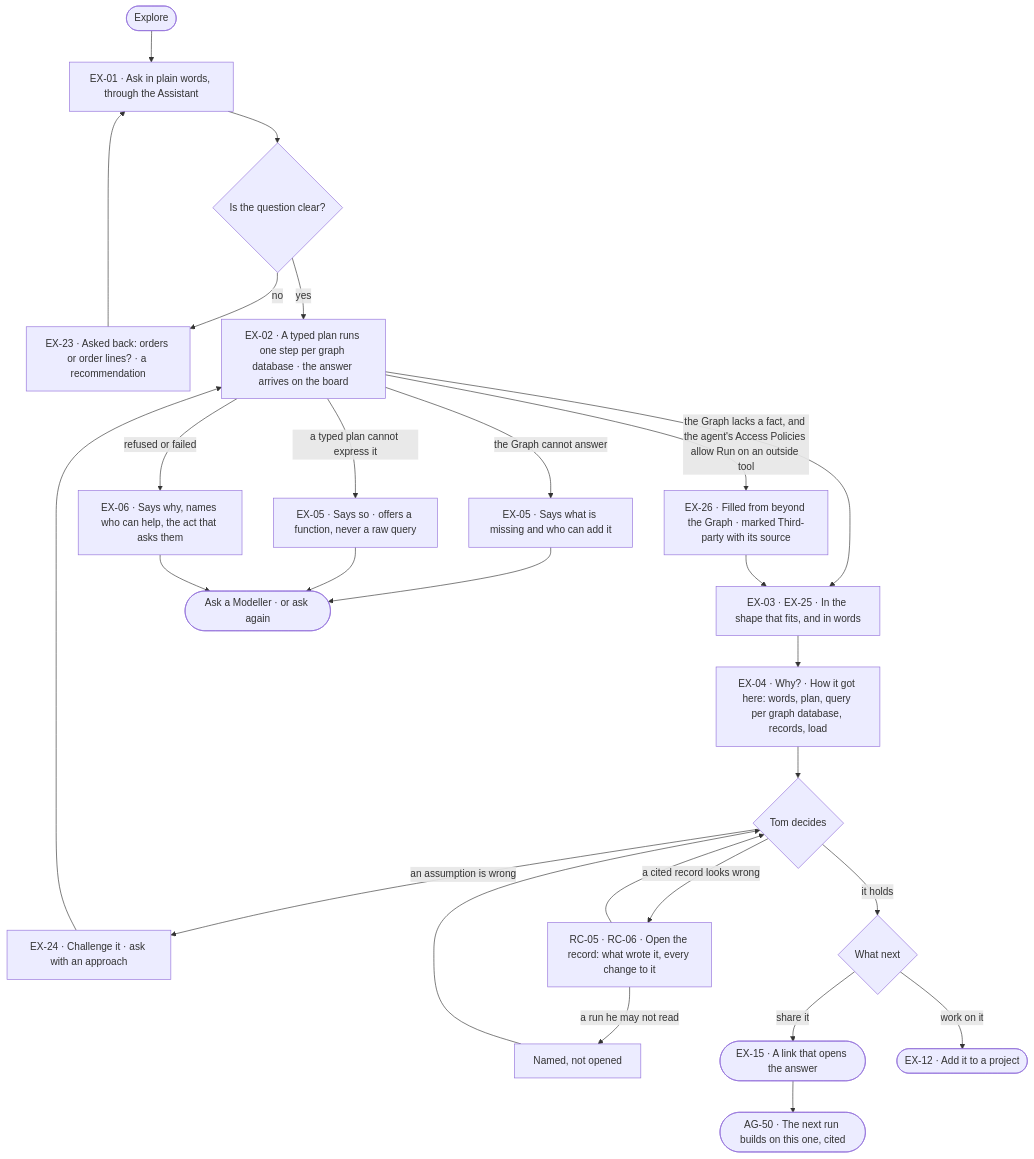
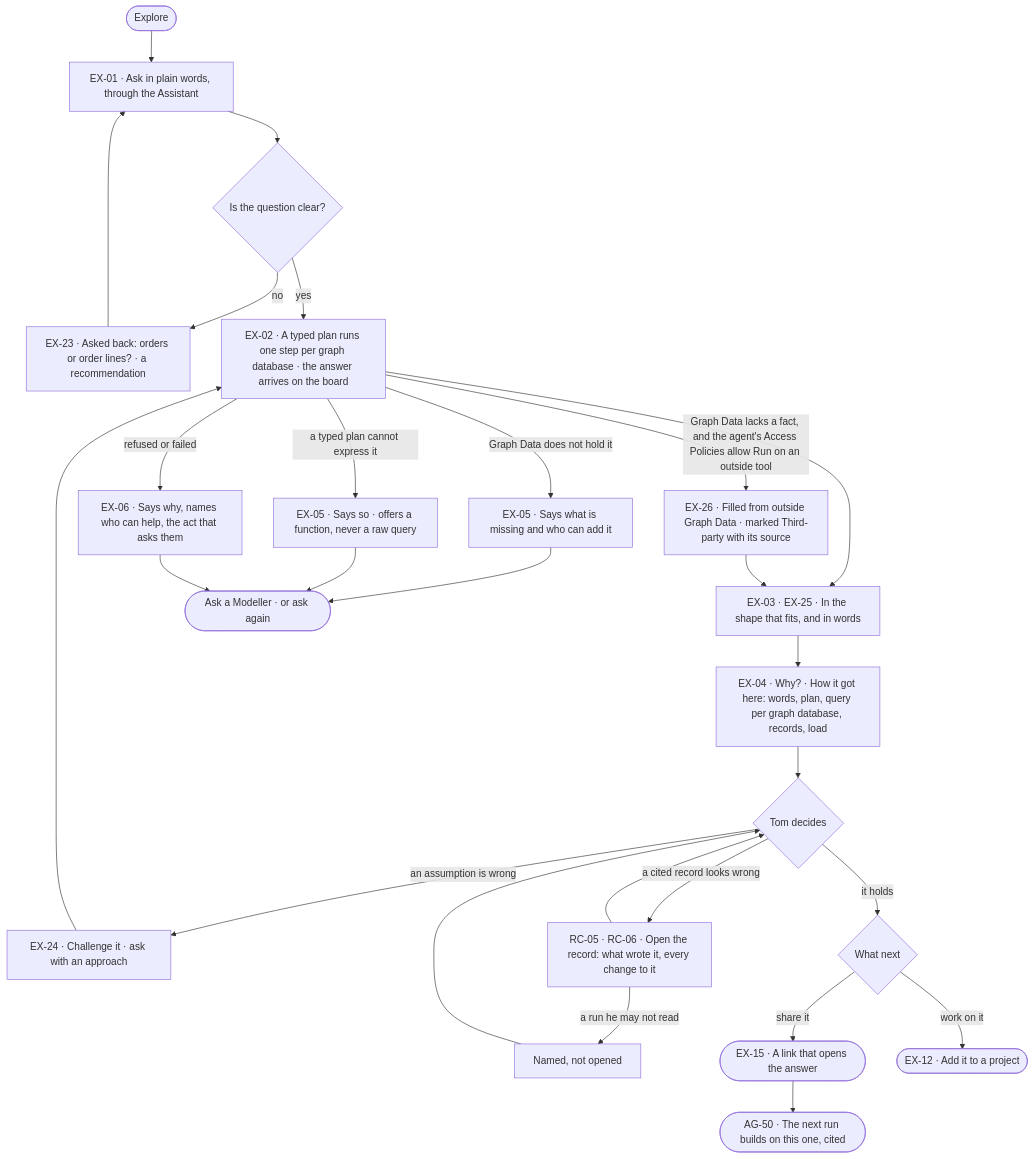
Before and after one commit to invana/invana: the diagram in specs/journeys/J02-ask-and-trust-the-answer.md, drawn with Mermaid. The commit also changed other lines of this file and 69 other files, not shown here.

First line of the commit message:
feat(specs): retire Graph as an object — Graph Data is the screen word

````diff
--- a/specs/journeys/J02-ask-and-trust-the-answer.md
+++ b/specs/journeys/J02-ask-and-trust-the-answer.md
@@ -16,25 +16,25 @@
 ```mermaid
 flowchart TD
   A([Explore]) --> C["EX-01 · Ask in plain words, through the Assistant"]
   C --> D{"Is the question clear?"}
   D -->|no| E["EX-23 · Asked back: orders or order lines? · a recommendation"] --> C
   D -->|yes| F["EX-02 · A typed plan runs one step per graph database · the answer arrives on the board"]
   F --> G["EX-03 · EX-25 · In the shape that fits, and in words"]
   G --> H["EX-04 · Why? · How it got here: words, plan, query per graph database, records, load"]
   H --> I{"Tom decides"}
   I -->|an assumption is wrong| J["EX-24 · Challenge it · ask with an approach"] --> F
   I -->|a cited record looks wrong| R["RC-05 · RC-06 · Open the record: what wrote it, every change to it"]
   R -->|a run he may not read| R1["Named, not opened"] --> I
   R --> I
   I -->|it holds| K{"What next"}
   K -->|share it| L(["EX-15 · A link that opens the answer"])
   K -->|work on it| M(["EX-12 · Add it to a project"])
-  F -->|the Graph lacks a fact, and the agent's Access Policies allow Run on an outside tool| X["EX-26 · Filled from beyond the Graph · marked Third-party with its source"] --> G
-  F -->|the Graph cannot answer| N["EX-05 · Says what is missing and who can add it"]
+  F -->|Graph Data lacks a fact, and the agent's Access Policies allow Run on an outside tool| X["EX-26 · Filled from outside Graph Data · marked Third-party with its source"] --> G
+  F -->|Graph Data does not hold it| N["EX-05 · Says what is missing and who can add it"]
   F -->|a typed plan cannot express it| NP["EX-05 · Says so · offers a function, never a raw query"]
   F -->|refused or failed| O["EX-06 · Says why, names who can help, the act that asks them"]
   N --> P(["Ask a Modeller · or ask again"])
   NP --> P
   O --> P
   L --> Q(["AG-50 · The next run builds on this one, cited"])
 ```
````
